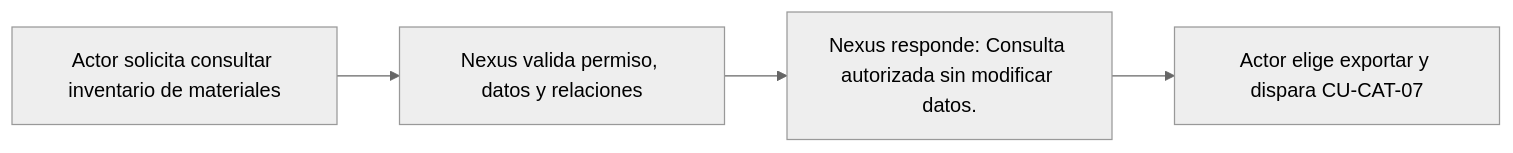
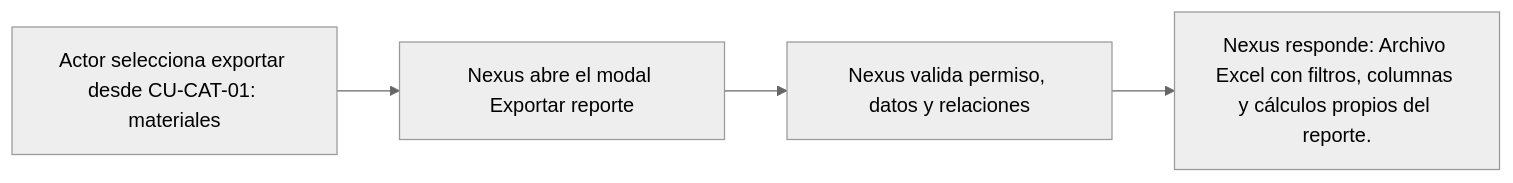
The diagram in docs/requirements/diagrams/catalogs/cu-cat-06.md (gpgsistemas01/nexus), drawn with Mermaid (neutral theme) before and after one commit. The commit also changed other lines of this file and 207 other files, not shown here.

````diff
--- a/docs/requirements/diagrams/catalogs/cu-cat-06.md
+++ b/docs/requirements/diagrams/catalogs/cu-cat-06.md
@@ -3,6 +3,6 @@
 ```mermaid
 flowchart LR
-    request["Actor solicita consultar inventario de materiales"] --> validate["Nexus valida permiso, datos y relaciones"]
-    validate --> result["Nexus responde: Consulta autorizada sin modificar datos."]
-    result --> report["Actor elige exportar y dispara CU-CAT-07"]
+    request["Actor selecciona exportar desde CU-CAT-01: materiales"] --> modal["Nexus abre el modal Exportar reporte"]
+    modal --> validate["Nexus valida permiso, datos y relaciones"]
+    validate --> result["Nexus responde: Archivo Excel con filtros, columnas y cálculos propios del reporte."]
 ```
````
